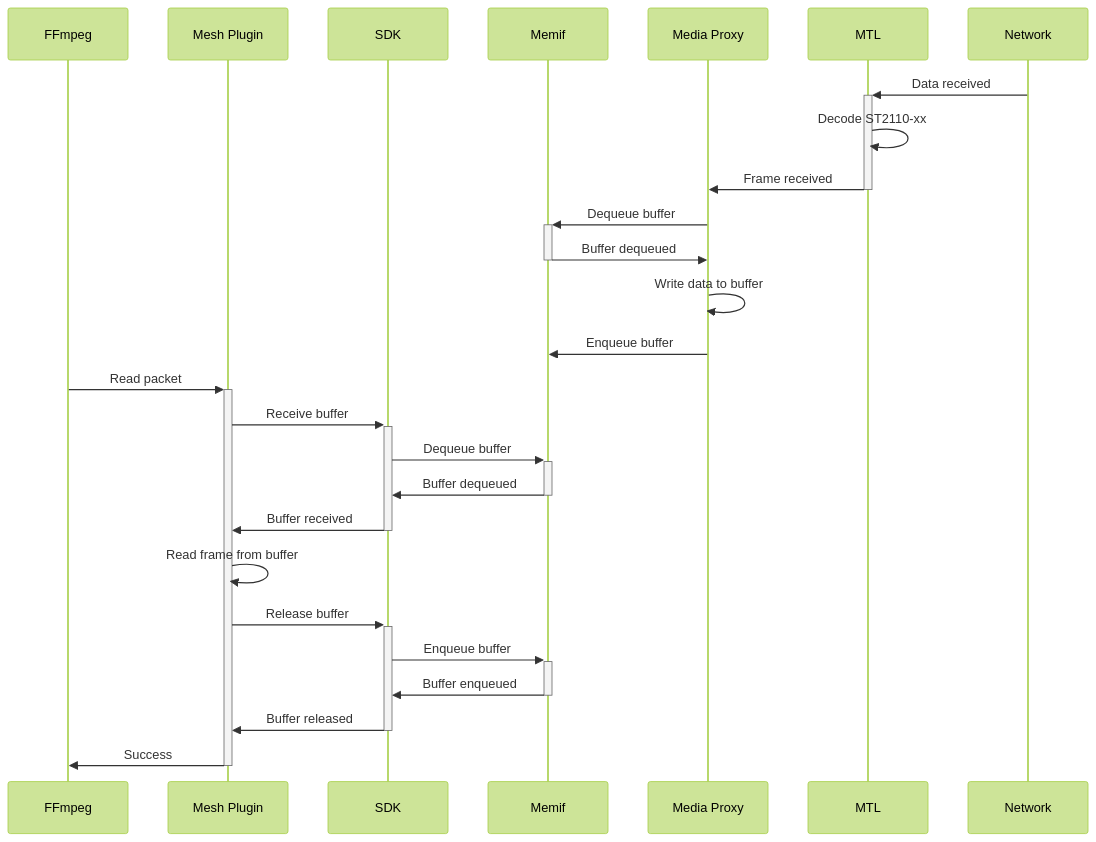
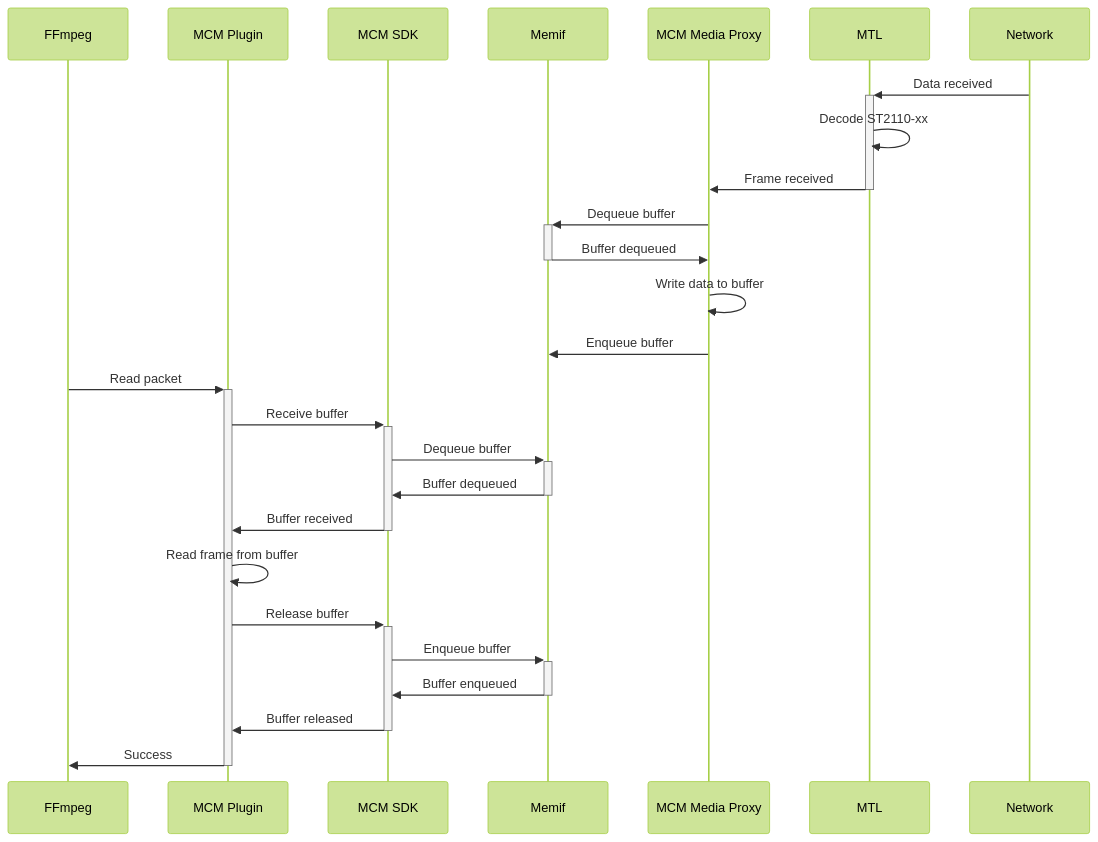
Before and after one commit to OpenVisualCloud/Media-Communications-Mesh: the third of 4 diagrams in ffmpeg-plugin/RX_FLOW.md, drawn with Mermaid (forest theme). The commit also changed other lines of this file and 5 other files, not shown here.

````diff
--- a/ffmpeg-plugin/RX_FLOW.md
+++ b/ffmpeg-plugin/RX_FLOW.md
@@ -54,30 +54,30 @@
 ```mermaid
 sequenceDiagram
    participant ffmpeg as FFmpeg
-   participant mux as Mesh Plugin
-   participant sdk as SDK
+   participant mux as MCM Plugin
+   participant sdk as MCM SDK
    participant memif as Memif
-   participant proxy as Media Proxy
+   participant proxy as MCM Media Proxy
    participant mtl as MTL
    participant network as Network
 
    network ->>+ mtl: Data received
    mtl ->> mtl: Decode ST2110-xx
    mtl ->>- proxy: Frame received
    proxy ->>+ memif: Dequeue buffer
    memif ->>- proxy: Buffer dequeued
    proxy ->> proxy: Write data to buffer
    proxy ->> memif: Enqueue buffer
 
    ffmpeg ->>+ mux: Read packet
    mux ->>+ sdk: Receive buffer
    sdk ->>+ memif: Dequeue buffer
    memif ->>- sdk: Buffer dequeued
    sdk ->>- mux: Buffer received
    mux ->> mux: Read frame from buffer
    mux ->>+ sdk: Release buffer
    sdk ->>+ memif: Enqueue buffer
    memif ->>- sdk: Buffer enqueued
    sdk ->>- mux: Buffer released
    mux ->>- ffmpeg: Success
 ```
````
